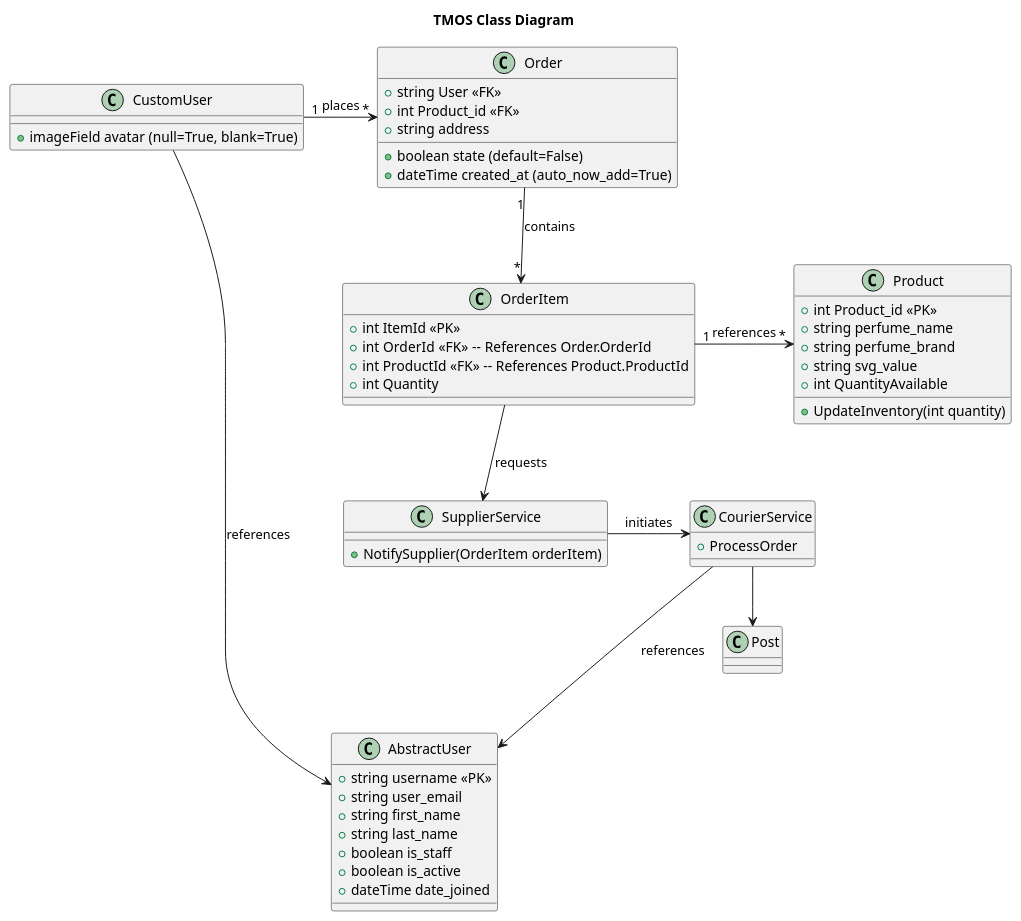
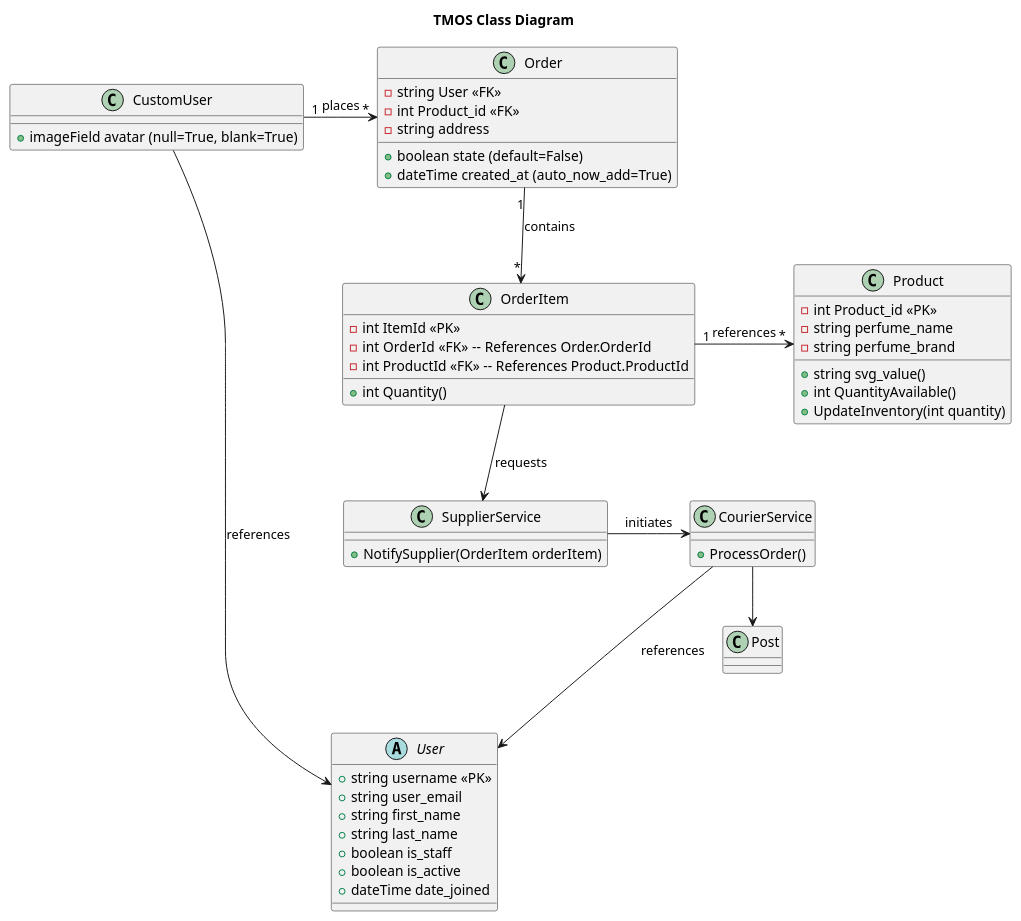
One commit to pmwong008/PlantUML_boot changed the diagram in docs/architecture/tmos_class.puml. Above: the diagram before and after it, drawn with PlantUML.

Commit message:
TMOS class updated with + and - items.

```diff
--- a/docs/architecture/tmos_class.puml
+++ b/docs/architecture/tmos_class.puml
@@ -1,65 +1,65 @@
 @startuml
 
 title TMOS Class Diagram
 
-class AbstractUser {
+abstract class User {
     + string username <<PK>>
     + string user_email
     + string first_name
     + string last_name
     + boolean is_staff
     + boolean is_active
     + dateTime date_joined
 
 }
 class CustomUser {
 	+ imageField avatar (null=True, blank=True)
 }
 
 class Order {
-	+ string User <<FK>>
-	+ int Product_id <<FK>>
-	+ string address
+	- string User <<FK>>
+	- int Product_id <<FK>>
+	- string address
 	+ boolean state (default=False)
 	+ dateTime created_at (auto_now_add=True)
 }
 
 class OrderItem {
-  + int ItemId <<PK>>
-  + int OrderId <<FK>> -- References Order.OrderId
-  + int ProductId <<FK>> -- References Product.ProductId
-  + int Quantity
+  - int ItemId <<PK>>
+  - int OrderId <<FK>> -- References Order.OrderId
+  - int ProductId <<FK>> -- References Product.ProductId
+  + int Quantity()
 }
 
 class Product {
-    + int Product_id <<PK>>
-    + string perfume_name
-	+ string perfume_brand
-	+ string svg_value
-    + int QuantityAvailable
+    - int Product_id <<PK>>
+    - string perfume_name
+	- string perfume_brand
+	+ string svg_value()
+    + int QuantityAvailable()
     + UpdateInventory(int quantity)
 }
 
 class CourierService {
-  + ProcessOrder
+  + ProcessOrder()
 }
 
 class SupplierService {
   + NotifySupplier(OrderItem orderItem)
 }
 
 
 class Post {
 }
 
 CustomUser "1" -> "*" Order : places
-CustomUser --> AbstractUser : references
+CustomUser --> User : references
 Order "1" --> "*" OrderItem : contains
 OrderItem "1" -> "*" Product : "references"
 SupplierService -> CourierService : initiates
-CourierService ---> AbstractUser : "references"
+CourierService ---> User : "references"
 CourierService --> Post
 
 OrderItem --> SupplierService : "requests"
 
 @enduml
```
